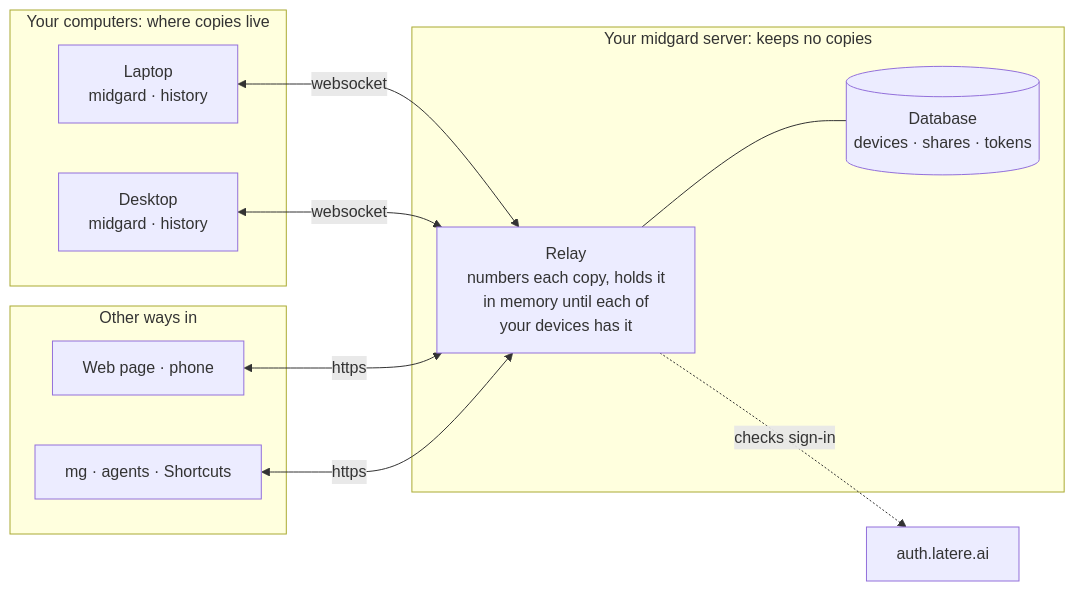
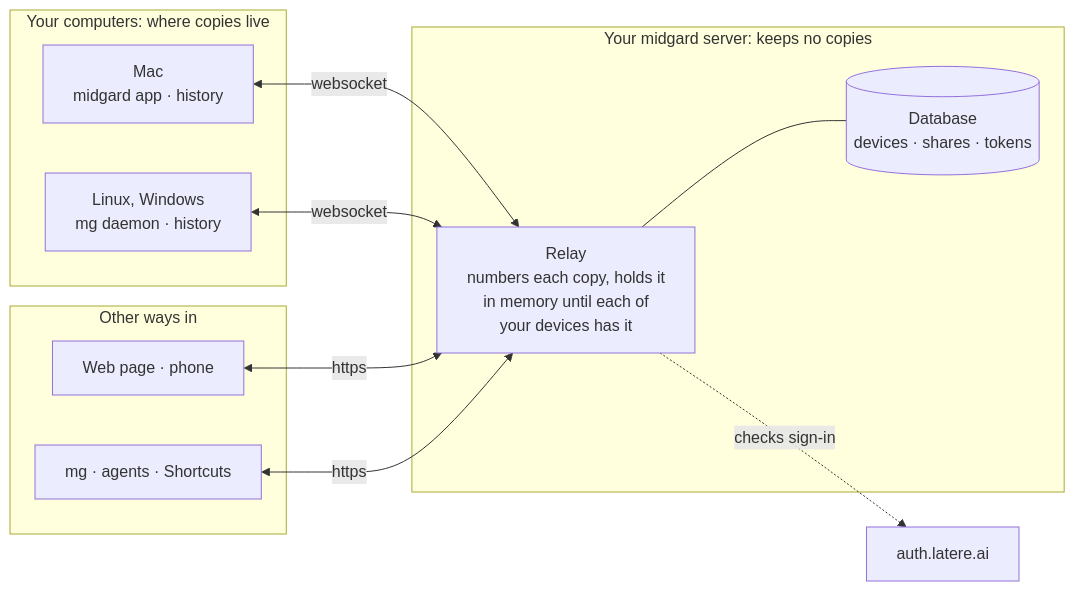
The first of 3 diagrams in docs/architecture.md (changkun/midgard), drawn with Mermaid before and after one commit. The commit also changed 19 other files, not shown here.

First line of the commit message:
apple: add the midgard Mac app, in Swift, on the Go sync engine

````diff
--- a/docs/architecture.md
+++ b/docs/architecture.md
@@ -9,22 +9,22 @@
 ```mermaid
 flowchart LR
     subgraph you["Your computers: where copies live"]
-        A["Laptop<br/>midgard · history"]
-        B["Desktop<br/>midgard · history"]
+        A["Mac<br/>midgard app · history"]
+        B["Linux, Windows<br/>mg daemon · history"]
     end
     subgraph other["Other ways in"]
         W["Web page · phone"]
         C["mg · agents · Shortcuts"]
     end
     subgraph server["Your midgard server: keeps no copies"]
         R["Relay<br/>numbers each copy, holds it<br/>in memory until each of<br/>your devices has it"]
         S[("Database<br/>devices · shares · tokens")]
     end
     L["auth.latere.ai"]
     A <-->|websocket| R
     B <-->|websocket| R
     W <-->|https| R
     C <-->|https| R
     R --- S
     R -.->|checks sign-in| L
 ```
````
